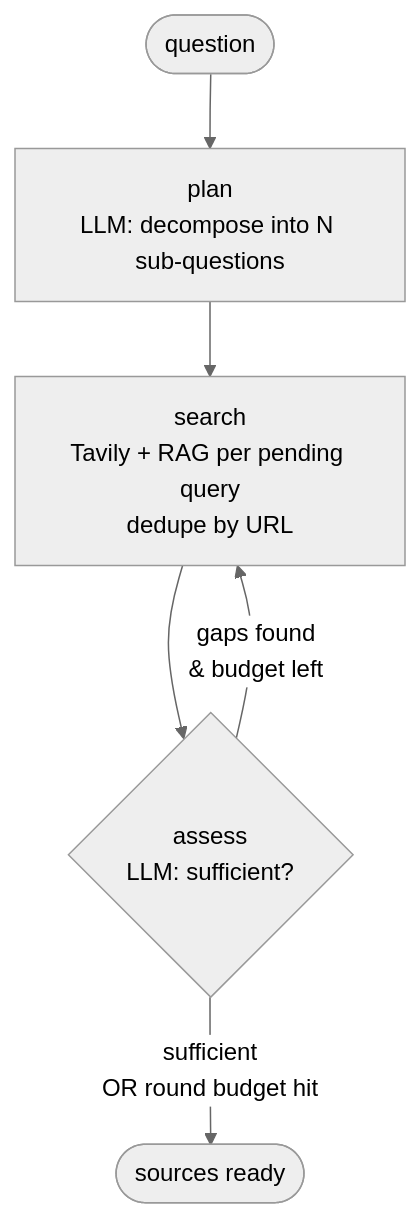
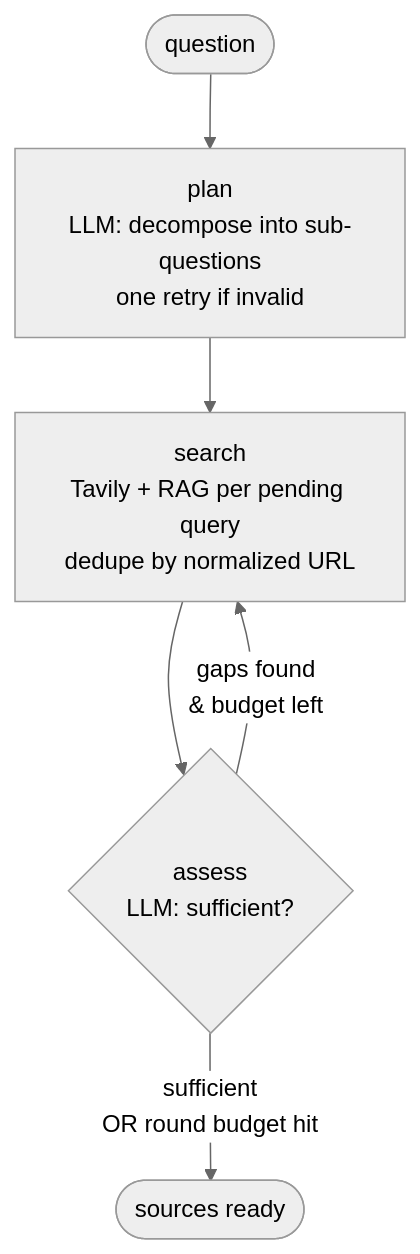
One commit to Sanchitaccenture/deep-research-agent changed the third of 6 diagrams in ARCHITECTURE.md. Above: the diagram before and after it, drawn with Mermaid (neutral theme). The commit also changed other lines of this file, not shown here.

Commit message:
Update ARCHITECTURE.md to match current design

````diff
--- a/ARCHITECTURE.md
+++ b/ARCHITECTURE.md
@@ -56,8 +113,8 @@
 ```mermaid
 flowchart TD
-    START([question]) --> PLAN[plan<br/>LLM: decompose into N sub-questions]
-    PLAN --> SEARCH[search<br/>Tavily + RAG per pending query<br/>dedupe by URL]
+    START([question]) --> PLAN[plan<br/>LLM: decompose into sub-questions<br/>one retry if invalid]
+    PLAN --> SEARCH[search<br/>Tavily + RAG per pending query<br/>dedupe by normalized URL]
     SEARCH --> ASSESS{assess<br/>LLM: sufficient?}
     ASSESS -- gaps found<br/>& budget left --> SEARCH
     ASSESS -- sufficient<br/>OR round budget hit --> DONE([sources ready])
 ```
````
